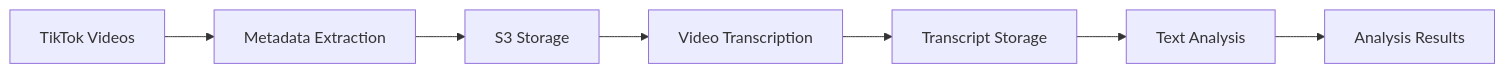
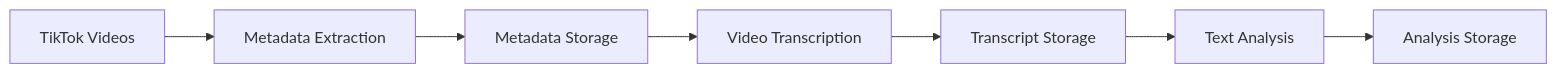
Before and after one commit to arniebarnie/TikTokTrends: the diagram in README.md, drawn with Mermaid. The commit also changed other lines of this file and 1 other file, not shown here.

Commit message:
task timeout updates

````diff
--- a/README.md
+++ b/README.md
@@ -115,9 +115,9 @@
 ```mermaid
 graph LR
     A[TikTok Videos] --> B[Metadata Extraction]
-    B --> C[S3 Storage]
+    B --> C[Metadata Storage]
     C --> D[Video Transcription]
     D --> E[Transcript Storage]
     E --> F[Text Analysis]
-    F --> G[Analysis Results]
+    F --> G[Analysis Storage]
 ```
````
